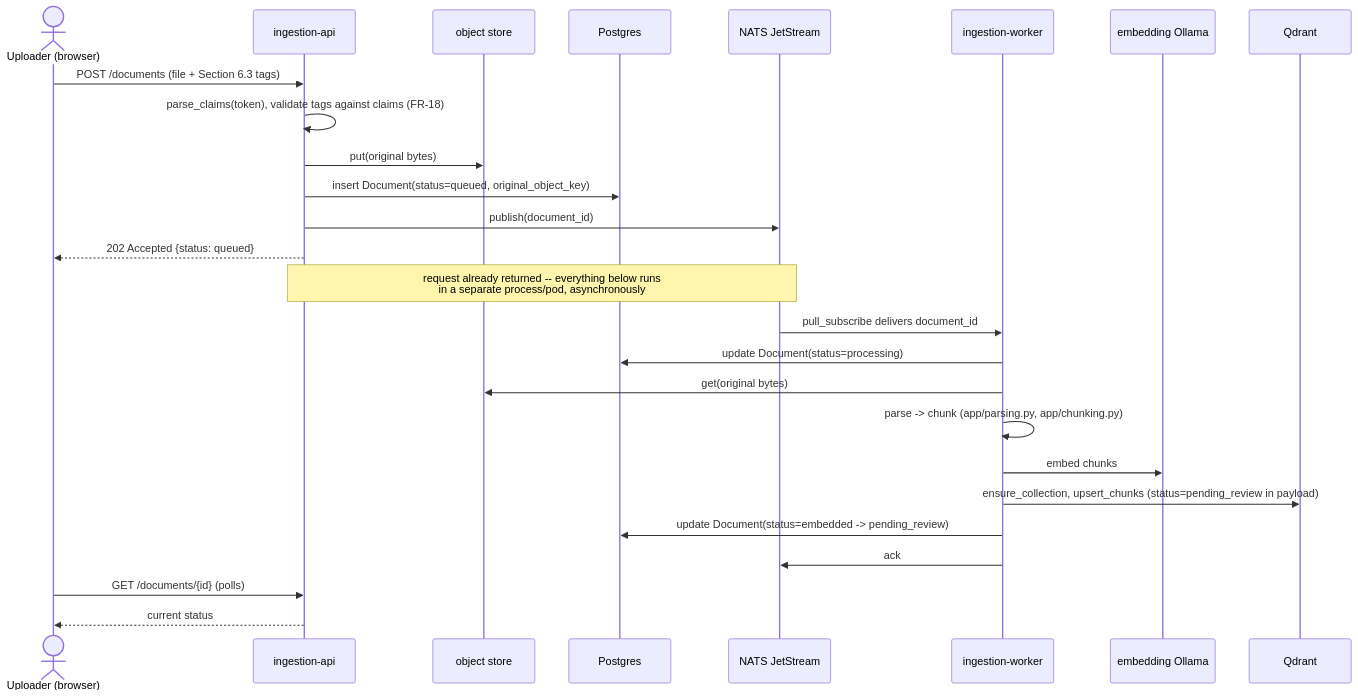
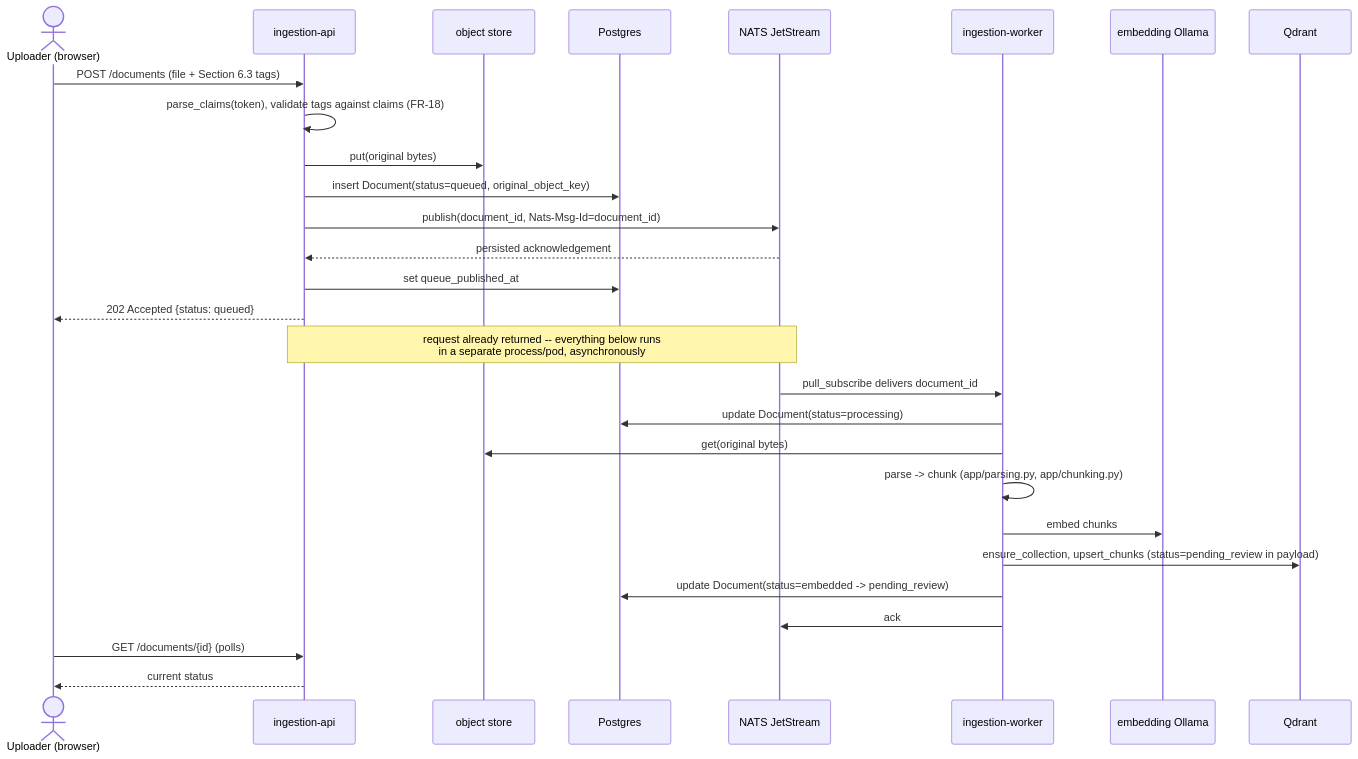
One commit to allamiro/nexus-rag changed the third of 8 diagrams in ARCHITECTURE.md. Above: the diagram before and after it, drawn with Mermaid. The commit also changed other lines of this file and 36 other files, not shown here.

````diff
--- a/ARCHITECTURE.md
+++ b/ARCHITECTURE.md
@@ -132,29 +135,31 @@
 ```mermaid
 sequenceDiagram
     actor U as Uploader (browser)
     participant I as ingestion-api
     participant OS as object store
     participant PG as Postgres
     participant N as NATS JetStream
     participant W as ingestion-worker
     participant O as embedding Ollama
     participant Q as Qdrant
 
     U->>I: POST /documents (file + Section 6.3 tags)
     I->>I: parse_claims(token), validate tags against claims (FR-18)
     I->>OS: put(original bytes)
     I->>PG: insert Document(status=queued, original_object_key)
-    I->>N: publish(document_id)
+    I->>N: publish(document_id, Nats-Msg-Id=document_id)
+    N-->>I: persisted acknowledgement
+    I->>PG: set queue_published_at
     I-->>U: 202 Accepted {status: queued}
     Note over I,N: request already returned -- everything below runs<br/>in a separate process/pod, asynchronously
     N->>W: pull_subscribe delivers document_id
     W->>PG: update Document(status=processing)
     W->>OS: get(original bytes)
     W->>W: parse -> chunk (app/parsing.py, app/chunking.py)
     W->>O: embed chunks
     W->>Q: ensure_collection, upsert_chunks (status=pending_review in payload)
     W->>PG: update Document(status=embedded -> pending_review)
     W->>N: ack
     U->>I: GET /documents/{id} (polls)
     I-->>U: current status
 ```
````
